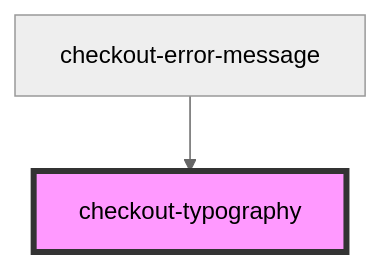
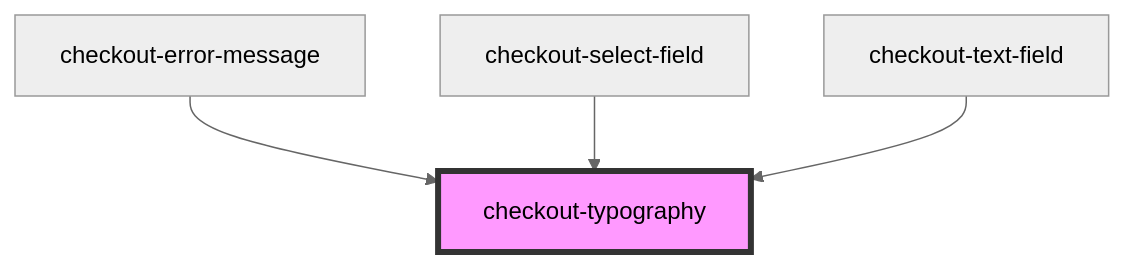
Before and after one commit to plughacker/malga-checkout: the diagram in packages/common/src/components/checkout-typography/readme.md, drawn with Mermaid (neutral theme). The commit also changed other lines of this file and 15 other files, not shown here.

````diff
--- a/packages/common/src/components/checkout-typography/readme.md
+++ b/packages/common/src/components/checkout-typography/readme.md
@@ -25,5 +27,7 @@
 ```mermaid
 graph TD;
   checkout-error-message --> checkout-typography
+  checkout-select-field --> checkout-typography
+  checkout-text-field --> checkout-typography
   style checkout-typography fill:#f9f,stroke:#333,stroke-width:4px
 ```
````
